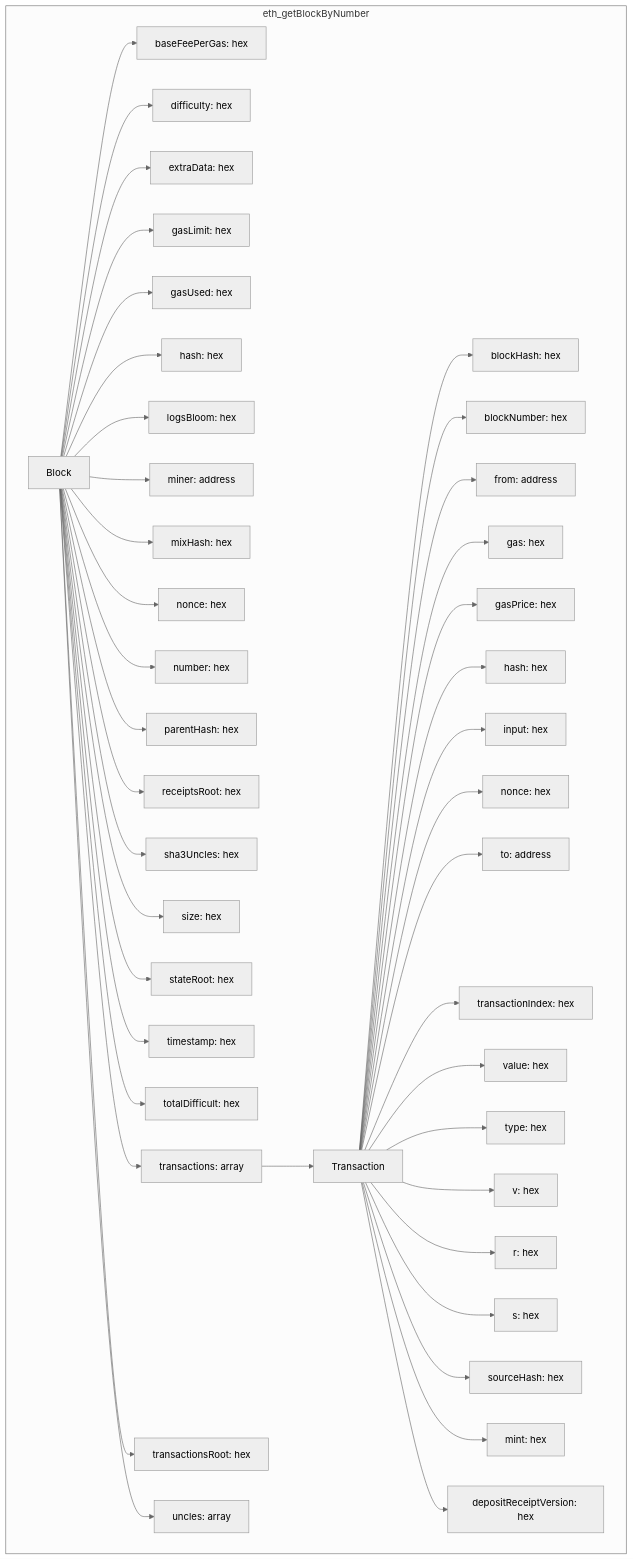
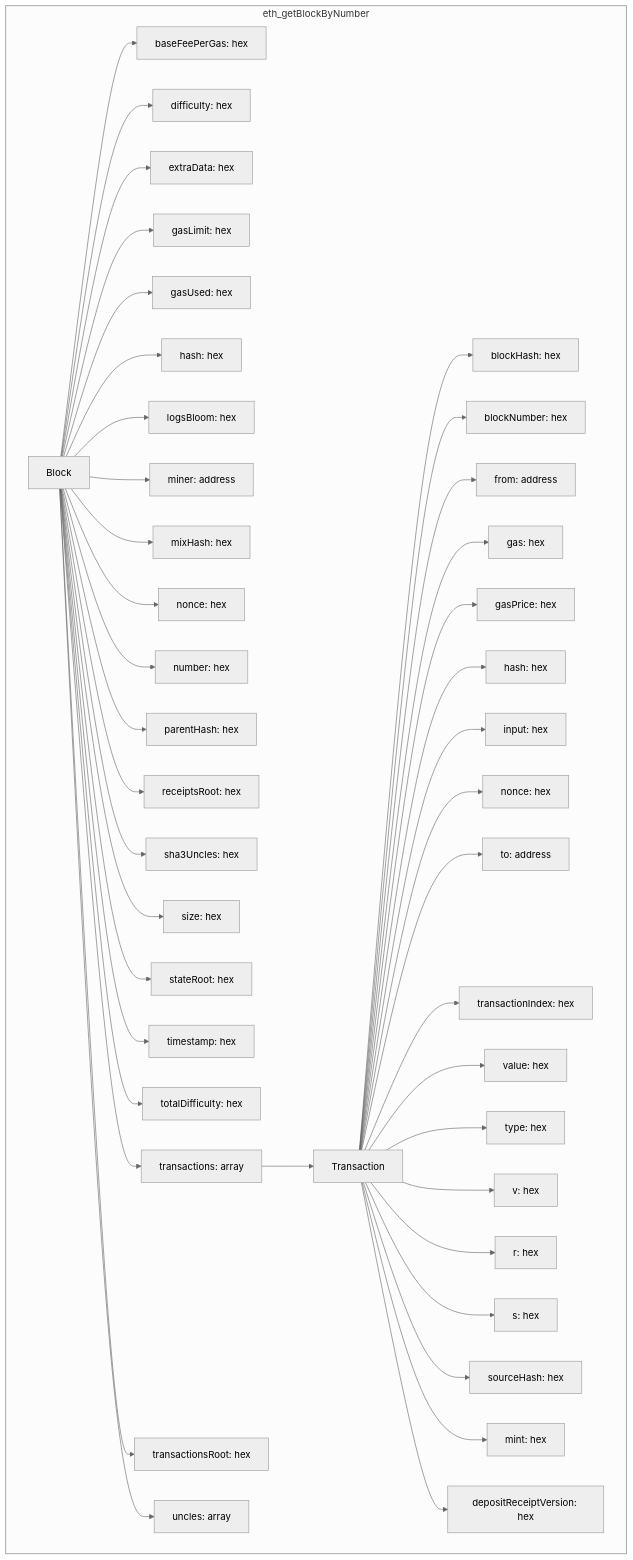
The diagram in models/layer_1_brz/eth_getBlockByNumber.md (mportdata/evm-data-model), drawn with Mermaid (neutral theme) before and after one commit. The commit also changed 1 other file, not shown here.

Commit message:
checked bronx  in go

````diff
--- a/models/layer_1_brz/eth_getBlockByNumber.md
+++ b/models/layer_1_brz/eth_getBlockByNumber.md
@@ -1,46 +1,46 @@
 ```mermaid
 graph TD
     subgraph eth_getBlockByNumber
         Block[Block] --> BaseFeePerGas[baseFeePerGas: hex]
         Block --> Difficulty[difficulty: hex]
         Block --> ExtraData[extraData: hex]
         Block --> GasLimit[gasLimit: hex]
         Block --> GasUsed[gasUsed: hex]
         Block --> Hash[hash: hex]
         Block --> LogsBloom[logsBloom: hex]
         Block --> Miner[miner: address]
         Block --> MixHash[mixHash: hex]
         Block --> Nonce[nonce: hex]
         Block --> Number[number: hex]
         Block --> ParentHash[parentHash: hex]
         Block --> ReceiptsRoot[receiptsRoot: hex]
         Block --> Sha3Uncles[sha3Uncles: hex]
         Block --> Size[size: hex]
         Block --> StateRoot[stateRoot: hex]
         Block --> Timestamp[timestamp: hex]
-        Block --> TotalDifficulty[totalDifficult: hex]
+        Block --> TotalDifficulty[totalDifficulty: hex]
         Block --> Txs[transactions: array]
         Block --> TxsRoot[transactionsRoot: hex]
         Block --> Uncles[uncles: array]
 
         Txs --> Tx[Transaction]
         Tx --> BlockHash[blockHash: hex]
         Tx --> BlockNumber[blockNumber: hex]
         Tx --> From[from: address]
         Tx --> Gas[gas: hex]
         Tx --> GasPrice[gasPrice: hex]
         Tx --> TxHash[hash: hex]
         Tx --> Input[input: hex]
         Tx --> TxNonce[nonce: hex]
         Tx --> To[to: address]
         Tx --> TxIndex[transactionIndex: hex]
         Tx --> Value[value: hex]
         Tx --> Type[type: hex]
         Tx --> V[v: hex]
         Tx --> R[r: hex]
         Tx --> S[s: hex]
         Tx --> SourceHash[sourceHash: hex]
         Tx --> Mint[mint: hex]
         Tx --> DepositReceiptVersion[depositReceiptVersion: hex]
     end
 ```
````
